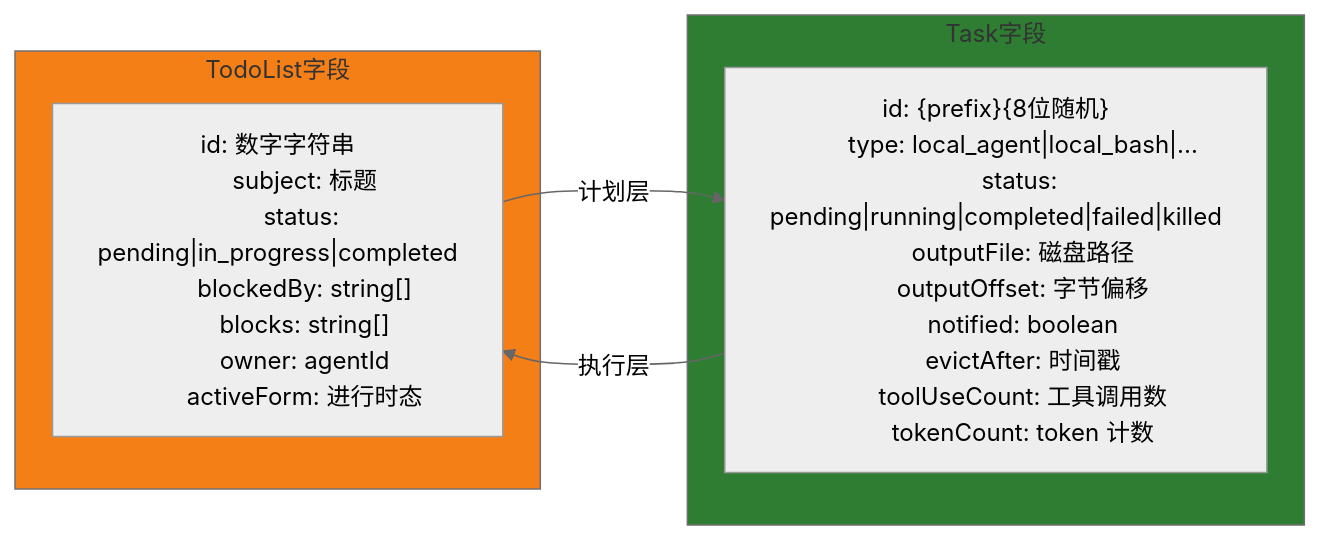
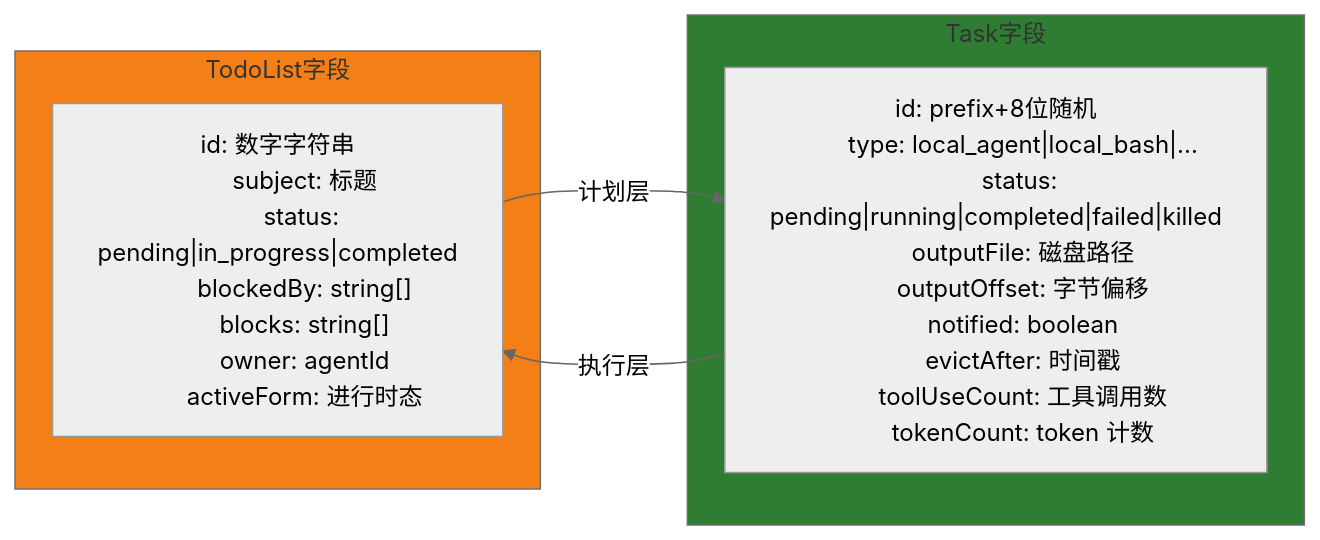
Before and after one commit to platootalp/harness-code: diagram 15 of 16 in claude-code/docs/deep/TASK-SYSTEM.md, drawn with Mermaid (neutral theme). The commit also changed other lines of this file and 58 other files, not shown here.

````diff
--- a/claude-code/docs/deep/TASK-SYSTEM.md
+++ b/claude-code/docs/deep/TASK-SYSTEM.md
@@ -1260,30 +1260,30 @@
 ```mermaid
 flowchart LR
     subgraph TodoList字段
         TL["id: 数字字符串
         subject: 标题
         status: pending|in_progress|completed
         blockedBy: string[]
         blocks: string[]
         owner: agentId
         activeForm: 进行时态"]
     end
 
     subgraph Task字段
-        TK["id: {prefix}{8位随机}
+        TK["id: prefix+8位随机
         type: local_agent|local_bash|...
         status: pending|running|completed|failed|killed
         outputFile: 磁盘路径
         outputOffset: 字节偏移
         notified: boolean
         evictAfter: 时间戳
         toolUseCount: 工具调用数
         tokenCount: token 计数"]
     end
 
     TL -->|"计划层"| TK
     TK -->|"执行层"| TL
 
     style TodoList字段 fill:#f57f17
     style Task字段 fill:#2e7d32
 ```
````
